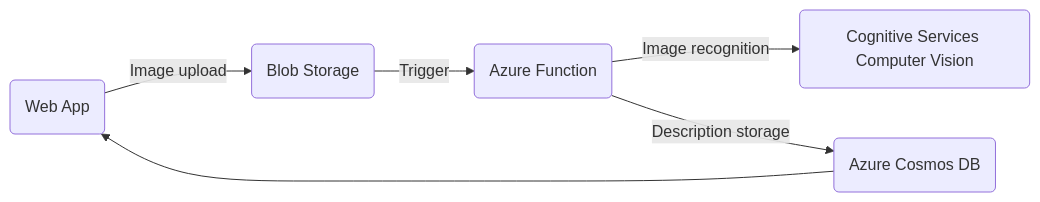
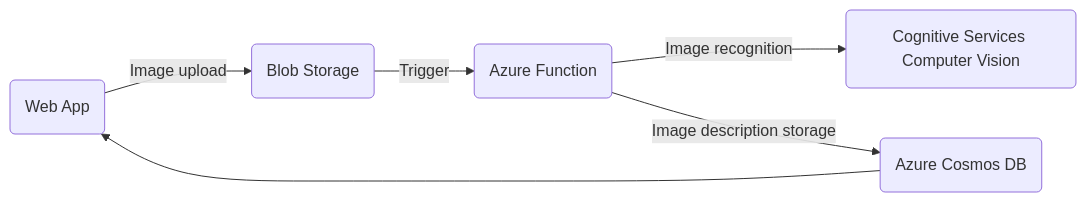
Before and after one commit to bledigue/azure-infra-CNAM-SMB111: the diagram in README.md, drawn with Mermaid. The commit also changed other lines of this file, not shown here.

````diff
--- a/README.md
+++ b/README.md
@@ -5,10 +5,11 @@
 ```mermaid
 flowchart LR
 a(Web App)
 b(Blob Storage)
 c(Azure Function)
 d(Cognitive Services Computer Vision)
 e(Azure Cosmos DB)
 a --Image upload--> b -- Trigger --> c --Image recognition--> d
-c -- Description storage--> e --> a
+c -- Image description storage--> e --> a
+
 ```
````
